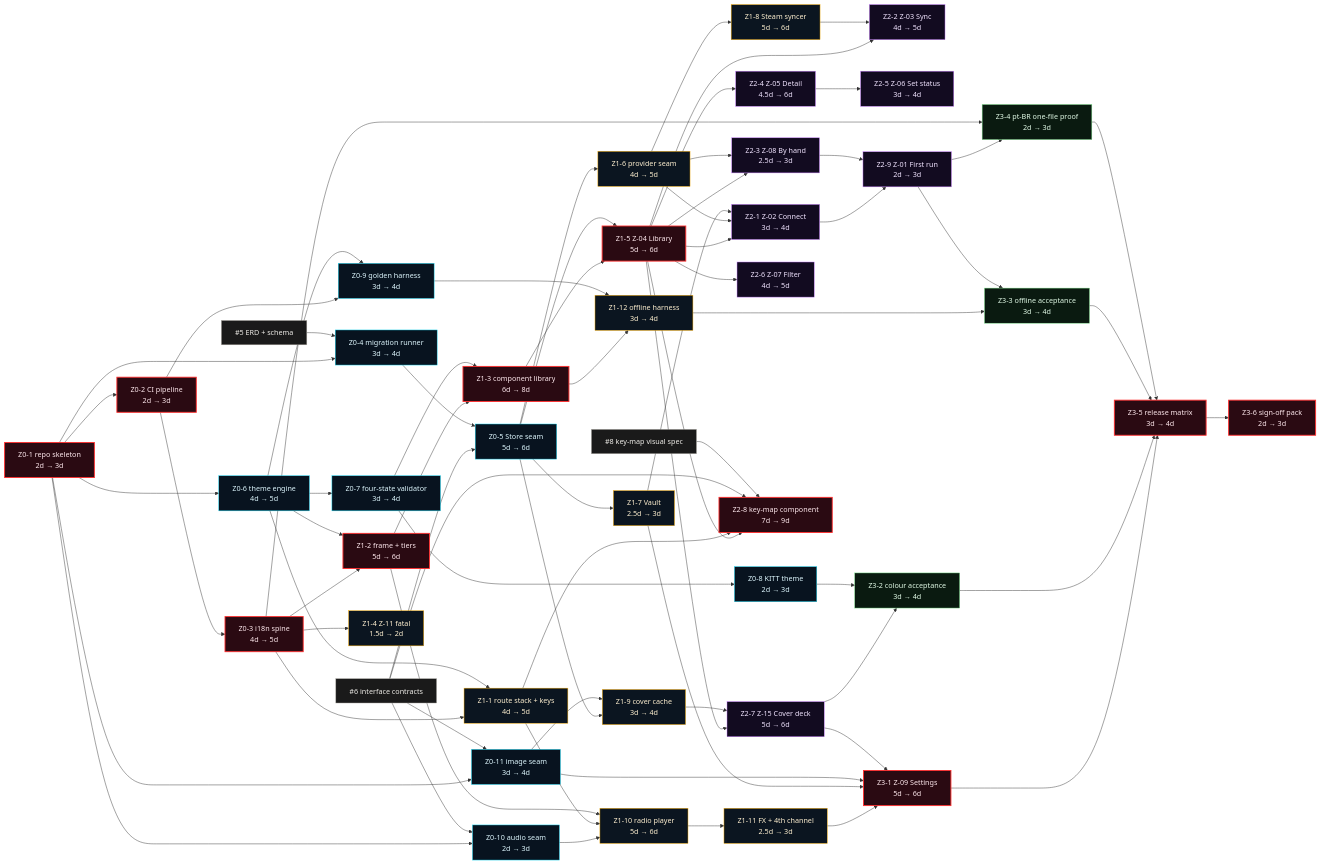
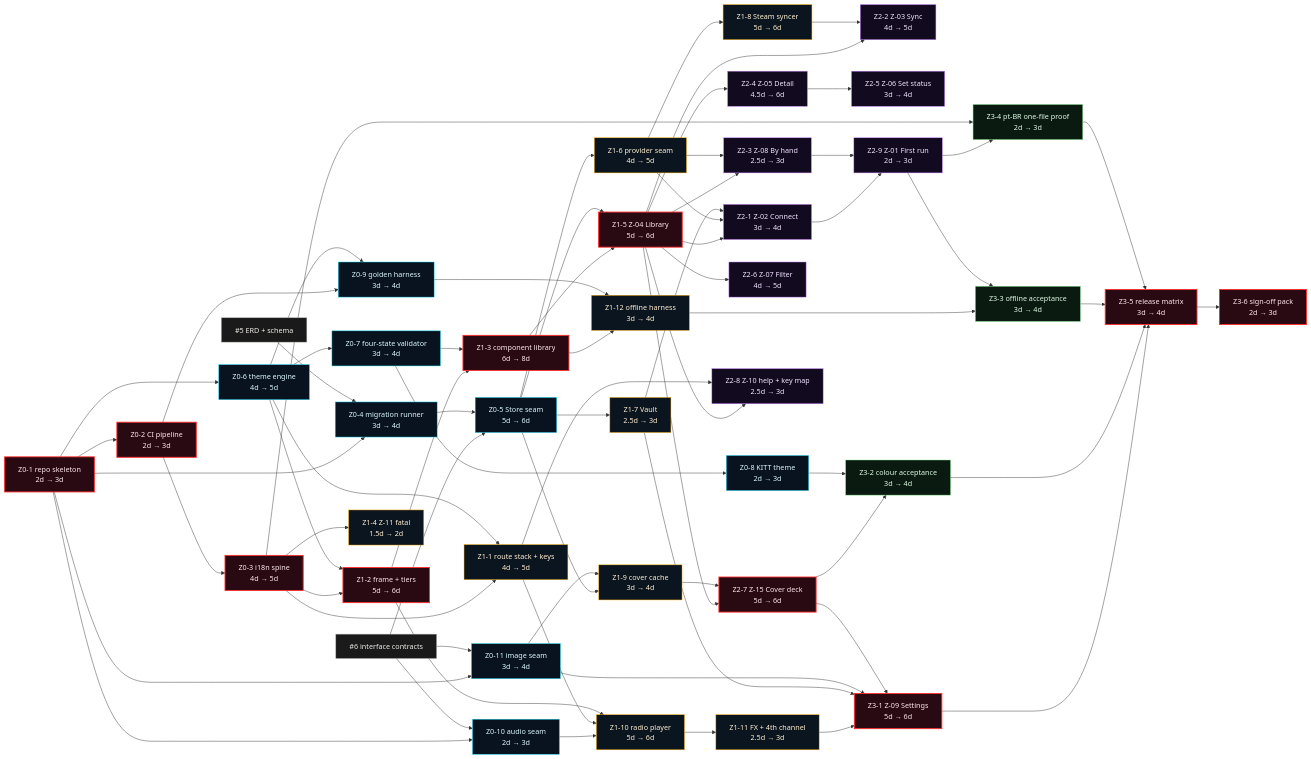
One commit to JustCode-CruzAlex/Zerado changed the first of 2 diagrams in docs/plan/00-phase-1-delivery-dag.md. Above: the diagram before and after it, drawn with Mermaid. The commit also changed other lines of this file and 1 other file, not shown here.

First line of the commit message:
docs(#7): emit the 38 Phase 1 units, derive every date, prove the chart

```diff
--- a/docs/plan/00-phase-1-delivery-dag.md
+++ b/docs/plan/00-phase-1-delivery-dag.md
@@ -150,7 +150,6 @@
 
   T5["#5 ERD + schema"]:::up
   T6["#6 interface contracts"]:::up
-  T8["#8 key-map visual spec"]:::up
 
   Z01["Z0-1 repo skeleton<br/>2d → 3d"]:::crit
   Z02["Z0-2 CI pipeline<br/>2d → 3d"]:::crit
@@ -183,8 +182,8 @@
   Z24["Z2-4 Z-05 Detail<br/>4.5d → 6d"]:::s2
   Z25["Z2-5 Z-06 Set status<br/>3d → 4d"]:::s2
   Z26["Z2-6 Z-07 Filter<br/>4d → 5d"]:::s2
-  Z27["Z2-7 Z-15 Cover deck<br/>5d → 6d"]:::s2
-  Z28["Z2-8 key-map component<br/>7d → 9d"]:::crit
+  Z27["Z2-7 Z-15 Cover deck<br/>5d → 6d"]:::crit
+  Z28["Z2-8 Z-10 help + key map<br/>2.5d → 3d"]:::s2
   Z29["Z2-9 Z-01 First run<br/>2d → 3d"]:::s2
 
   Z31["Z3-1 Z-09 Settings<br/>5d → 6d"]:::crit
@@ -217,8 +216,6 @@
   Z09 --> Z112
   Z15 --> Z21 & Z22 & Z23 & Z24 & Z26 & Z27 & Z28
   Z11 --> Z28
-  T6 --> Z28
-  T8 --> Z28
   Z16 --> Z21 & Z23
   Z17 --> Z21
   Z18 --> Z22
```
